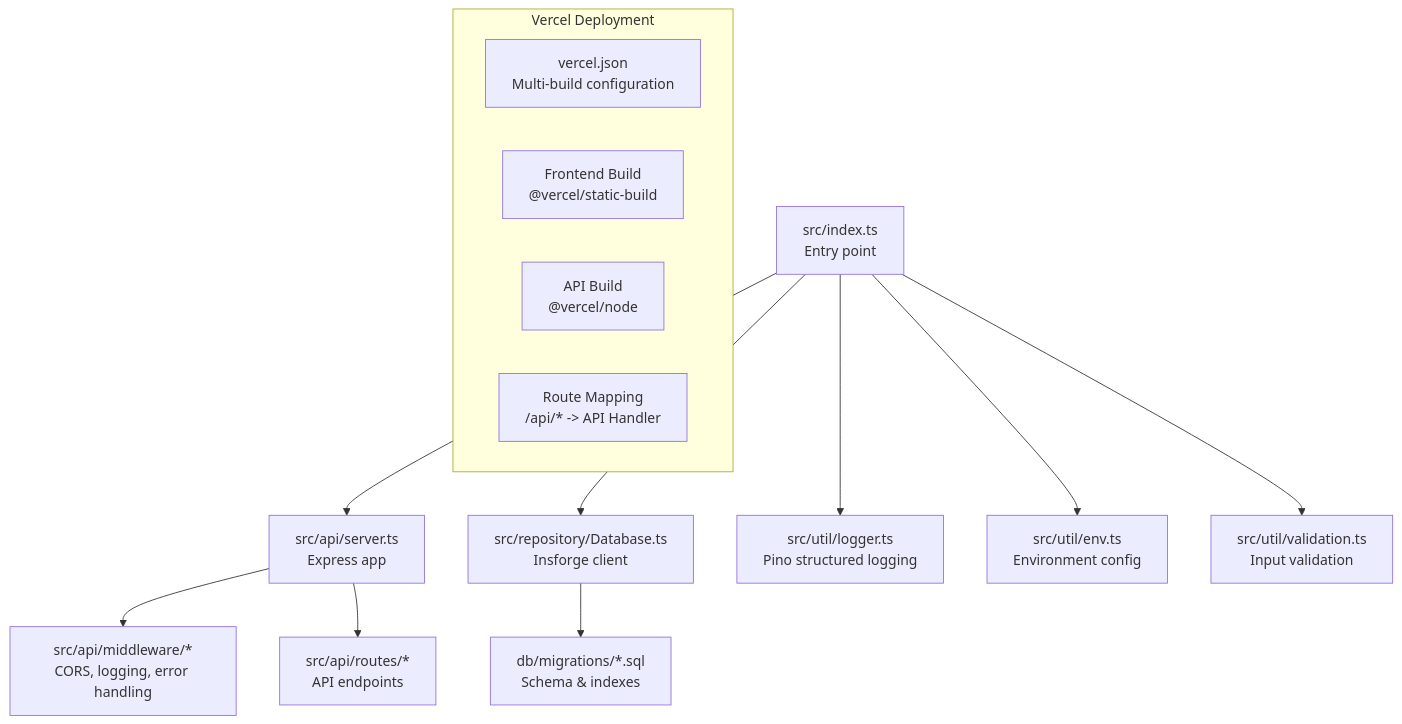
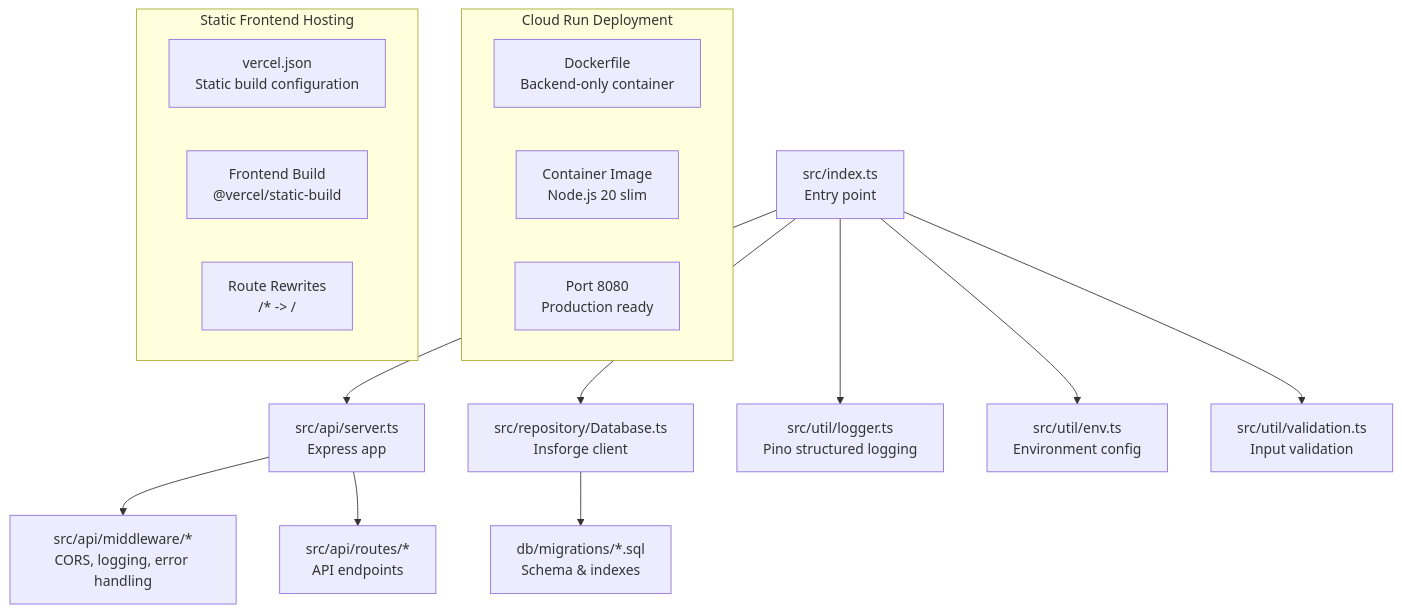
The first of 7 diagrams in .qoder/repowiki/en/content/Deployment & Operations.md (vishnusaibhosekar/ares), drawn with Mermaid before and after one commit. The commit also changed other lines of this file and 10 other files, not shown here.

````diff
--- a/.qoder/repowiki/en/content/Deployment & Operations.md
+++ b/.qoder/repowiki/en/content/Deployment & Operations.md
@@ -68,17 +70,21 @@
 ```mermaid
 graph TB
 A["src/index.ts<br/>Entry point"] --> B["src/api/server.ts<br/>Express app"]
 B --> C["src/api/middleware/*<br/>CORS, logging, error handling"]
 B --> D["src/api/routes/*<br/>API endpoints"]
 A --> E["src/repository/Database.ts<br/>Insforge client"]
 E --> F["db/migrations/*.sql<br/>Schema & indexes"]
 A --> G["src/util/logger.ts<br/>Pino structured logging"]
 A --> H["src/util/env.ts<br/>Environment config"]
 A --> I["src/util/validation.ts<br/>Input validation"]
-subgraph "Vercel Deployment"
-V1["vercel.json<br/>Multi-build configuration"]
-V2["Frontend Build<br/>@vercel/static-build"]
-V3["API Build<br/>@vercel/node"]
-V4["Route Mapping<br/>/api/* -> API Handler"]
+subgraph "Cloud Run Deployment"
+V1["Dockerfile<br/>Backend-only container"]
+V2["Container Image<br/>Node.js 20 slim"]
+V3["Port 8080<br/>Production ready"]
+end
+subgraph "Static Frontend Hosting"
+V4["vercel.json<br/>Static build configuration"]
+V5["Frontend Build<br/>@vercel/static-build"]
+V6["Route Rewrites<br/>/* -> /"]
 end
 ```
````
